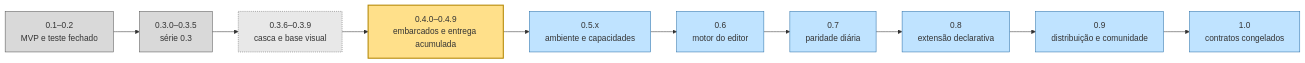
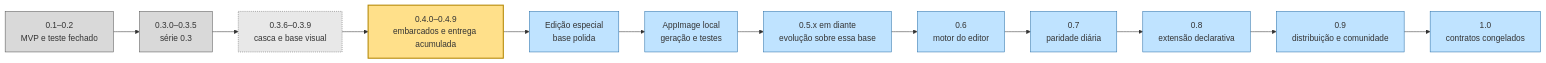
One commit to ViktorWalde/KineinVectis changed the diagram in DocsPublic/roadmaps/57-mapa-de-versoes-ate-a-1.0.md. Above: the diagram before and after it, drawn with Mermaid. The commit also changed other lines of this file and 11 other files, not shown here.

First line of the commit message:
docs: move AppImage para depois da edicao especial

````diff
--- a/DocsPublic/roadmaps/57-mapa-de-versoes-ate-a-1.0.md
+++ b/DocsPublic/roadmaps/57-mapa-de-versoes-ate-a-1.0.md
@@ -27,17 +27,19 @@
 ```mermaid
 flowchart LR
   v02["0.1–0.2<br/>MVP e teste fechado"]:::done --> v03["0.3.0–0.3.5<br/>série 0.3"]:::done
   v03 --> v036["0.3.6–0.3.9<br/>casca e base visual"]:::checkout
   v036 --> v04["0.4.0–0.4.9<br/>embarcados e entrega acumulada"]:::now
-  v04 --> v05["0.5.x<br/>ambiente e capacidades"]:::planned
+  v04 --> special["Edição especial<br/>base polida"]:::planned
+  special --> package["AppImage local<br/>geração e testes"]:::planned
+  package --> v05["0.5.x em diante<br/>evolução sobre essa base"]:::planned
   v05 --> v06["0.6<br/>motor do editor"]:::planned
   v06 --> v07["0.7<br/>paridade diária"]:::planned
   v07 --> v08["0.8<br/>extensão declarativa"]:::planned
   v08 --> v09["0.9<br/>distribuição e comunidade"]:::planned
   v09 --> v10["1.0<br/>contratos congelados"]:::planned
   classDef done fill:#d9d9d9,stroke:#555
   classDef now fill:#ffe08a,stroke:#b38600,stroke-width:2px
   classDef planned fill:#bfe3ff,stroke:#2a6fa8
   classDef checkout fill:#e8e8e8,stroke:#666,stroke-dasharray:2 2
   classDef proposed fill:#ffffff,stroke:#888,stroke-dasharray:5 4
 ```
````
